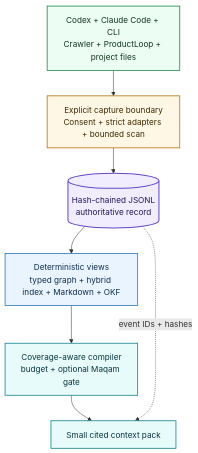
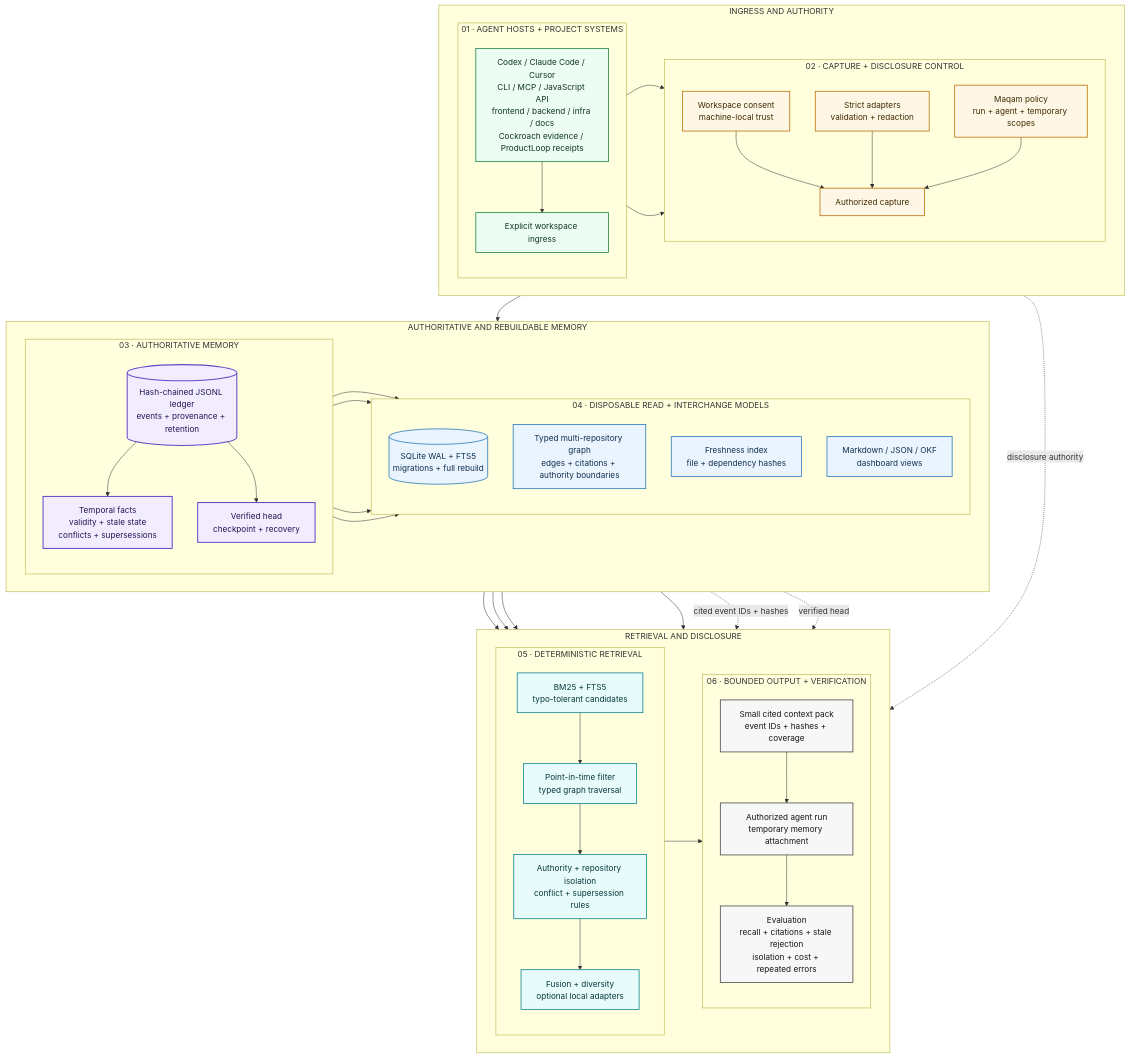
The diagram in docs/architecture.mmd (AjnasNB/qarinah), drawn with Mermaid before and after one commit. The commit also changed 66 other files, not shown here.

First line of the commit message:
feat: add temporal SQLite memory authority (#67)

```diff
--- a/docs/architecture.mmd
+++ b/docs/architecture.mmd
@@ -1,22 +1,88 @@
-flowchart TD
-  inputs["Codex + Claude Code + CLI<br/>Crawler + ProductLoop + project files"]
-  boundary["Explicit capture boundary<br/>Consent + strict adapters + bounded scan"]
-  ledger[("Hash-chained JSONL<br/>authoritative record")]
-  views["Deterministic views<br/>typed graph + hybrid index + Markdown + OKF"]
-  compiler["Coverage-aware compiler<br/>budget + optional Maqam gate"]
-  pack["Small cited context pack"]
+flowchart TB
+  subgraph row1["INGRESS AND AUTHORITY"]
+    direction LR
+    subgraph hosts["01 · AGENT HOSTS + PROJECT SYSTEMS"]
+      direction TB
+      sources["Codex / Claude Code / Cursor<br/>CLI / MCP / JavaScript API<br/>frontend / backend / infra / docs<br/>Cockroach evidence / ProductLoop receipts"]
+      ingress["Explicit workspace ingress"]
+      sources --> ingress
+    end
+    subgraph control["02 · CAPTURE + DISCLOSURE CONTROL"]
+      direction TB
+      consent["Workspace consent<br/>machine-local trust"]
+      adapters["Strict adapters<br/>validation + redaction"]
+      maqam["Maqam policy<br/>run + agent + temporary scopes"]
+      gate["Authorized capture"]
+      consent --> gate
+      adapters --> gate
+      maqam --> gate
+    end
+    ingress --> consent
+    ingress --> adapters
+  end
 
-  inputs --> boundary --> ledger --> views --> compiler --> pack
-  ledger -. event IDs + hashes .-> pack
+  subgraph row2["AUTHORITATIVE AND REBUILDABLE MEMORY"]
+    direction LR
+    subgraph authority["03 · AUTHORITATIVE MEMORY"]
+      direction TB
+      ledger[("Hash-chained JSONL ledger<br/>events + provenance + retention")]
+      temporal["Temporal facts<br/>validity + stale state<br/>conflicts + supersessions"]
+      checkpoint["Verified head<br/>checkpoint + recovery"]
+      ledger --> temporal
+      ledger --> checkpoint
+    end
+    subgraph projections["04 · DISPOSABLE READ + INTERCHANGE MODELS"]
+      direction TB
+      sqlite[("SQLite WAL + FTS5<br/>migrations + full rebuild")]
+      graphview["Typed multi-repository graph<br/>edges + citations + authority boundaries"]
+      freshness["Freshness index<br/>file + dependency hashes"]
+      views["Markdown / JSON / OKF<br/>dashboard views"]
+    end
+    ledger --> sqlite
+    ledger --> graphview
+    ledger --> freshness
+    ledger --> views
+  end
 
-  classDef input fill:#ecfdf3,stroke:#16803c,color:#12351f,stroke-width:1.5px;
-  classDef boundaryNode fill:#fff7e6,stroke:#b76e00,color:#3d2a00,stroke-width:1.5px;
+  subgraph row3["RETRIEVAL AND DISCLOSURE"]
+    direction LR
+    subgraph retrieval["05 · DETERMINISTIC RETRIEVAL"]
+      direction TB
+      candidates["BM25 + FTS5<br/>typo-tolerant candidates"]
+      traverse["Point-in-time filter<br/>typed graph traversal"]
+      govern["Authority + repository isolation<br/>conflict + supersession rules"]
+      rank["Fusion + diversity<br/>optional local adapters"]
+      candidates --> traverse --> govern --> rank
+    end
+    subgraph output["06 · BOUNDED OUTPUT + VERIFICATION"]
+      direction TB
+      pack["Small cited context pack<br/>event IDs + hashes + coverage"]
+      agents["Authorized agent run<br/>temporary memory attachment"]
+      eval["Evaluation<br/>recall + citations + stale rejection<br/>isolation + cost + repeated errors"]
+      pack --> agents --> eval
+    end
+    rank --> pack
+  end
+
+  gate --> ledger
+  sqlite --> candidates
+  graphview --> traverse
+  freshness --> traverse
+  temporal --> traverse
+  maqam -. "disclosure authority" .-> govern
+  ledger -. "cited event IDs + hashes" .-> pack
+  checkpoint -. "verified head" .-> pack
+
+  classDef host fill:#ecfdf3,stroke:#16803c,color:#12351f,stroke-width:1.5px;
+  classDef controlNode fill:#fff7e6,stroke:#b76e00,color:#3d2a00,stroke-width:1.5px;
   classDef authorityNode fill:#f1edff,stroke:#6548c7,color:#241653,stroke-width:2px;
   classDef projectionNode fill:#eaf4ff,stroke:#2474b5,color:#102f4c,stroke-width:1.5px;
-  classDef disclosureNode fill:#e8fbfb,stroke:#087f8c,color:#07373c,stroke-width:1.5px;
+  classDef retrievalNode fill:#e8fbfb,stroke:#087f8c,color:#07373c,stroke-width:1.5px;
+  classDef outputNode fill:#f7f7f7,stroke:#444,color:#161616,stroke-width:1.5px;
 
-  class inputs input;
-  class boundary boundaryNode;
-  class ledger authorityNode;
-  class views projectionNode;
-  class compiler,pack disclosureNode;
+  class sources,ingress host;
+  class consent,adapters,maqam,gate controlNode;
+  class ledger,temporal,checkpoint authorityNode;
+  class sqlite,graphview,views,freshness projectionNode;
+  class candidates,traverse,govern,rank retrievalNode;
+  class pack,eval,agents outputNode;
```
